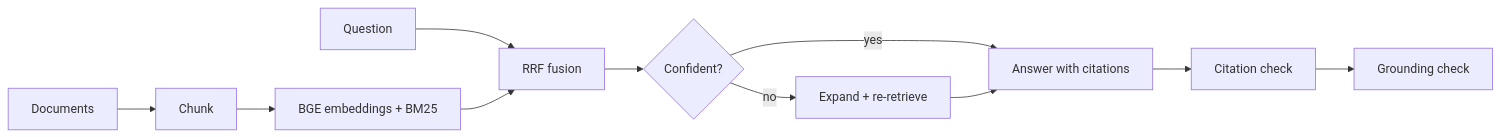
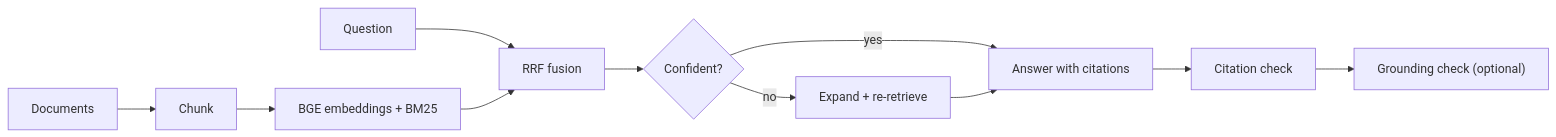
One commit to urme-b/NexusRAG changed the diagram in README.md. Above: the diagram before and after it, drawn with Mermaid. The commit also changed other lines of this file and 1 other file, not shown here.

````diff
--- a/README.md
+++ b/README.md
@@ -31,10 +31,10 @@
 ```mermaid
 flowchart LR
     D[Documents] --> C[Chunk] --> E[BGE embeddings + BM25]
     Q[Question] --> R[RRF fusion]
     E --> R
     R --> G{Confident?}
     G -- yes --> S[Answer with citations]
     G -- no --> P[Expand + re-retrieve] --> S
-    S --> CC[Citation check] --> V[Grounding check]
+    S --> CC[Citation check] --> V["Grounding check (optional)"]
 ```
````
